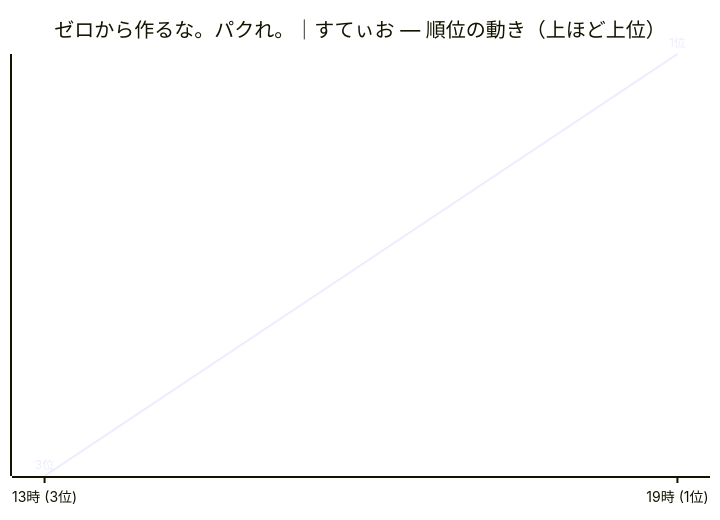
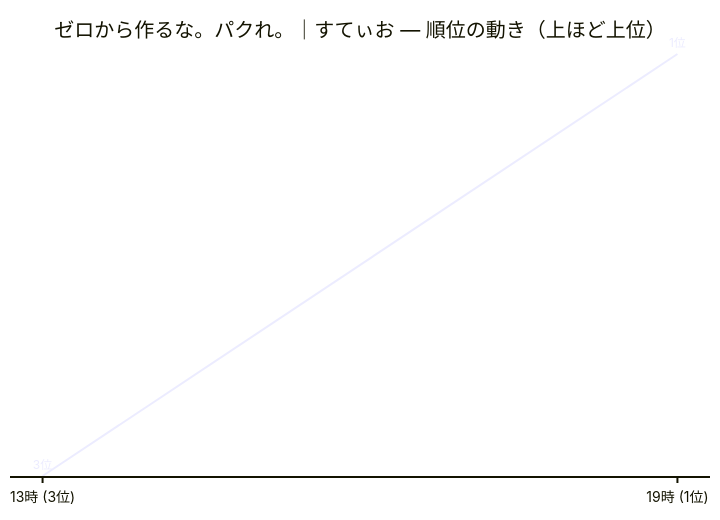
The first of 3 diagrams in docs/summaries/daily/2026-06-23.md (rushhirosan/trend-dashboard), drawn with Mermaid before and after one commit. The commit also changed other lines of this file and 3 other files, not shown here.

````diff
--- a/docs/summaries/daily/2026-06-23.md
+++ b/docs/summaries/daily/2026-06-23.md
@@ -34,14 +34,20 @@
 ```mermaid
 ---
 config:
   xyChart:
     yAxis:
       showLabel: false
       showTitle: false
       showTick: false
+      showAxisLine: false
+  themeVariables:
+    xyChart:
+      yAxisLabelColor: transparent
+      yAxisTickColor: transparent
+      yAxisLineColor: transparent
 ---
 xychart-beta
     title "ゼロから作るな。パクれ。｜すてぃお — 順位の動き（上ほど上位）"
     x-axis ["13時 (3位)", "19時 (1位)"]
     line [2 "3位", 4 "1位"]
 ```
````
